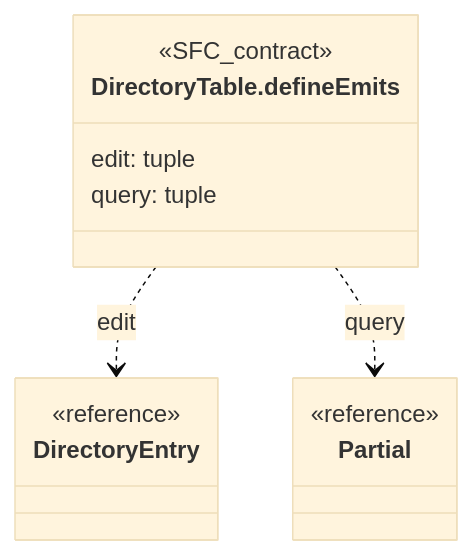
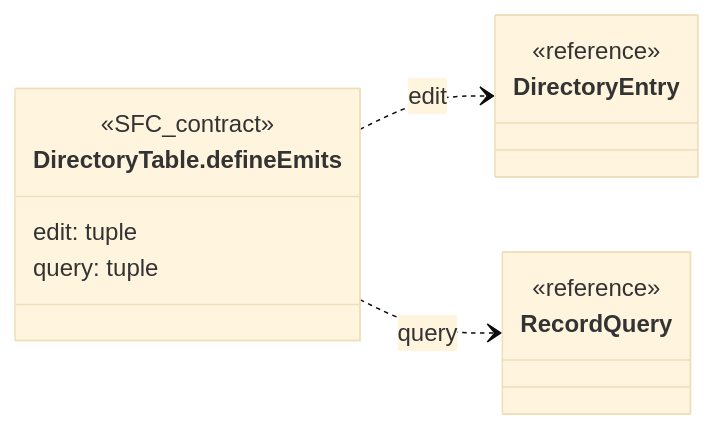
Before and after one commit to gpgsistemas01/nexus: the fourth of 24 diagrams in front/docs/architecture/views/logical/type-reference/directory.md, drawn with Mermaid (base theme). The commit also changed other lines of this file and 37 other files, not shown here.

Commit message:
docs: depurar diagramas y conservar contratos propios del frontend

````diff
--- a/front/docs/architecture/views/logical/type-reference/directory.md
+++ b/front/docs/architecture/views/logical/type-reference/directory.md
@@ -205,17 +160,17 @@
 ```mermaid
 classDiagram
-    direction TB
+    direction LR
     class Subject["DirectoryTable.defineEmits"] {
         <<SFC_contract>>
         edit: tuple
         query: tuple
     }
     class R0["DirectoryEntry"] {
         <<reference>>
     }
-    class R1["Partial"] {
+    class R1["RecordQuery"] {
         <<reference>>
     }
     Subject ..> R0 : edit
     Subject ..> R1 : query
 ```
````
